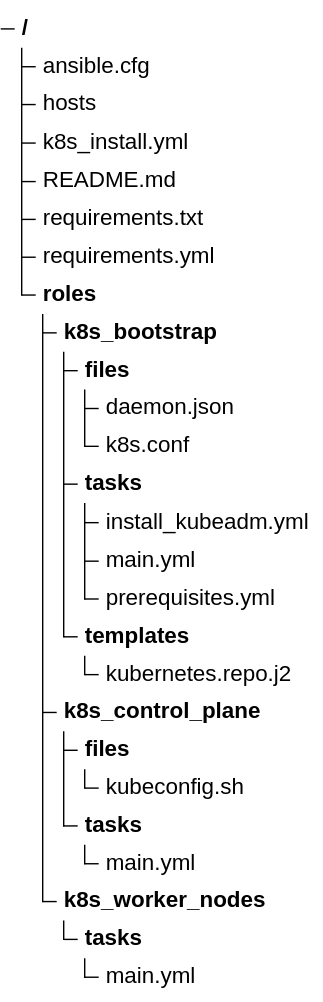
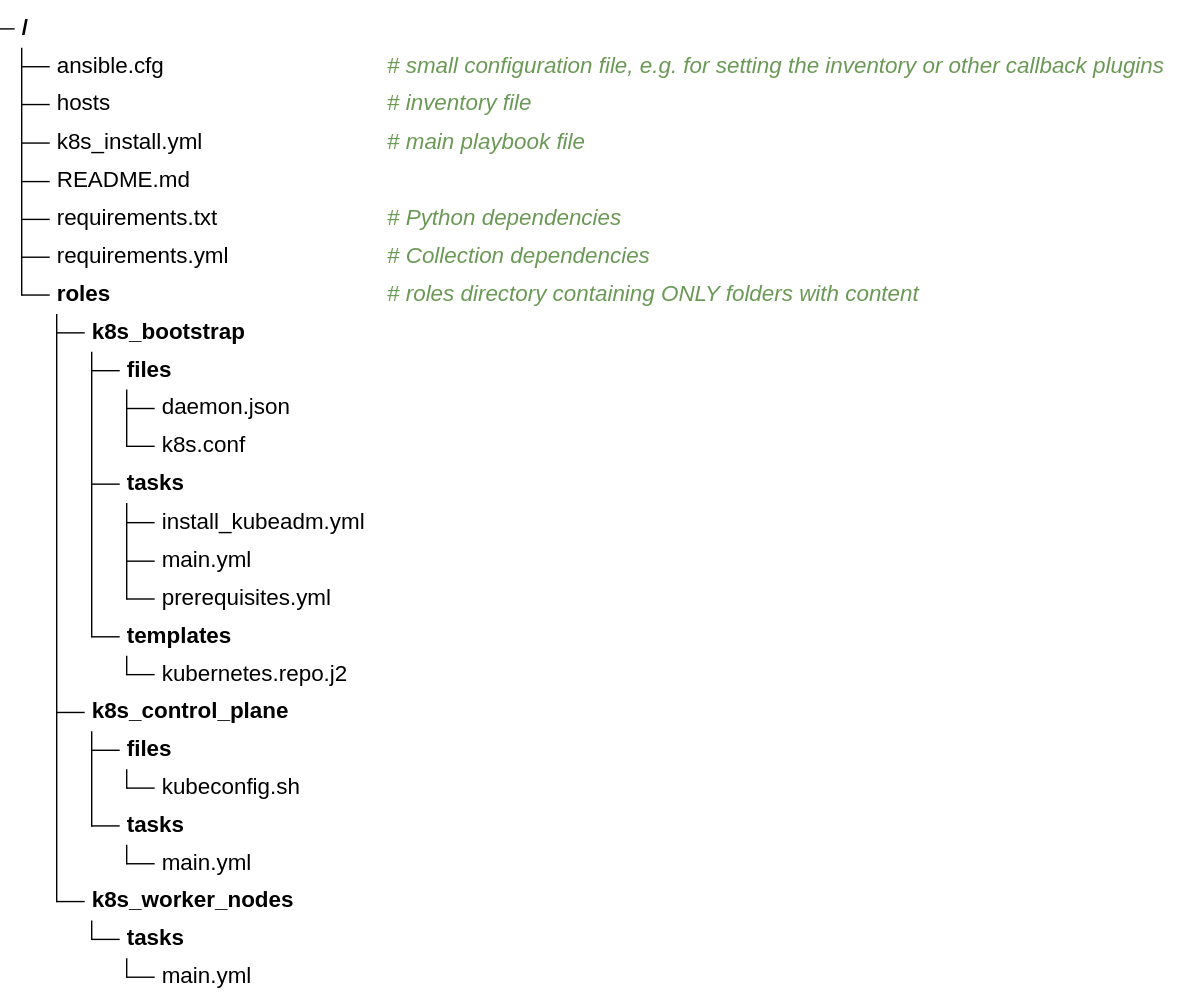
One commit to computacenter-com/ansible-best-practices changed the first of 3 diagrams in docs/ansible/project.md. Above: the diagram before and after it, drawn with Mermaid. The commit also changed other lines of this file and 7 other files, not shown here.

Commit message:
Increased indentation for all treeView diagramms to improve readability.

````diff
--- a/docs/ansible/project.md
+++ b/docs/ansible/project.md
@@ -23,28 +25,33 @@
     ``` mermaid
+    ---
+    config:
+      treeView:
+        rowIndent: 20
+    ---
     treeView-beta
-    ├── ansible.cfg
-    ├── hosts
-    ├── k8s_install.yml
+    ├── ansible.cfg ## # small configuration file, e.g. for setting the inventory or other callback plugins
+    ├── hosts ## # inventory file
+    ├── k8s_install.yml ## # main playbook file
     ├── README.md
-    ├── requirements.txt
-    ├── requirements.yml
-    └── roles/
+    ├── requirements.txt ## # Python dependencies
+    ├── requirements.yml ## # Collection dependencies
+    └── roles/ ## # roles directory containing ONLY folders with content
         ├── k8s_bootstrap/
         │   ├── files/
         │   │   ├── daemon.json
         │   │   └── k8s.conf
         │   ├── tasks/
         │   │   ├── install_kubeadm.yml
         │   │   ├── main.yml
         │   │   └── prerequisites.yml
         │   └── templates/
         │       └── kubernetes.repo.j2
         ├── k8s_control_plane/
         │   ├── files/
         │   │   └── kubeconfig.sh
         │   └── tasks/
         │       └── main.yml
         └── k8s_worker_nodes/
             └── tasks/
                 └── main.yml
     ```
````
